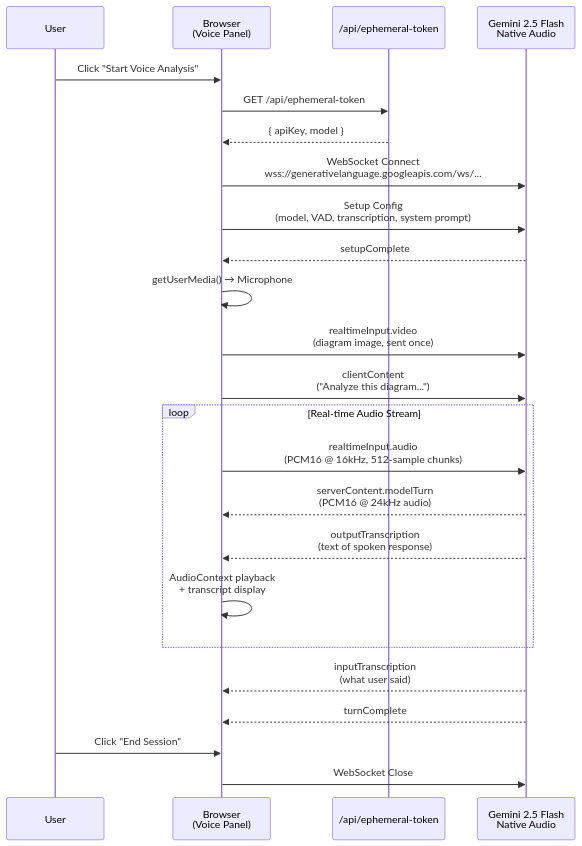
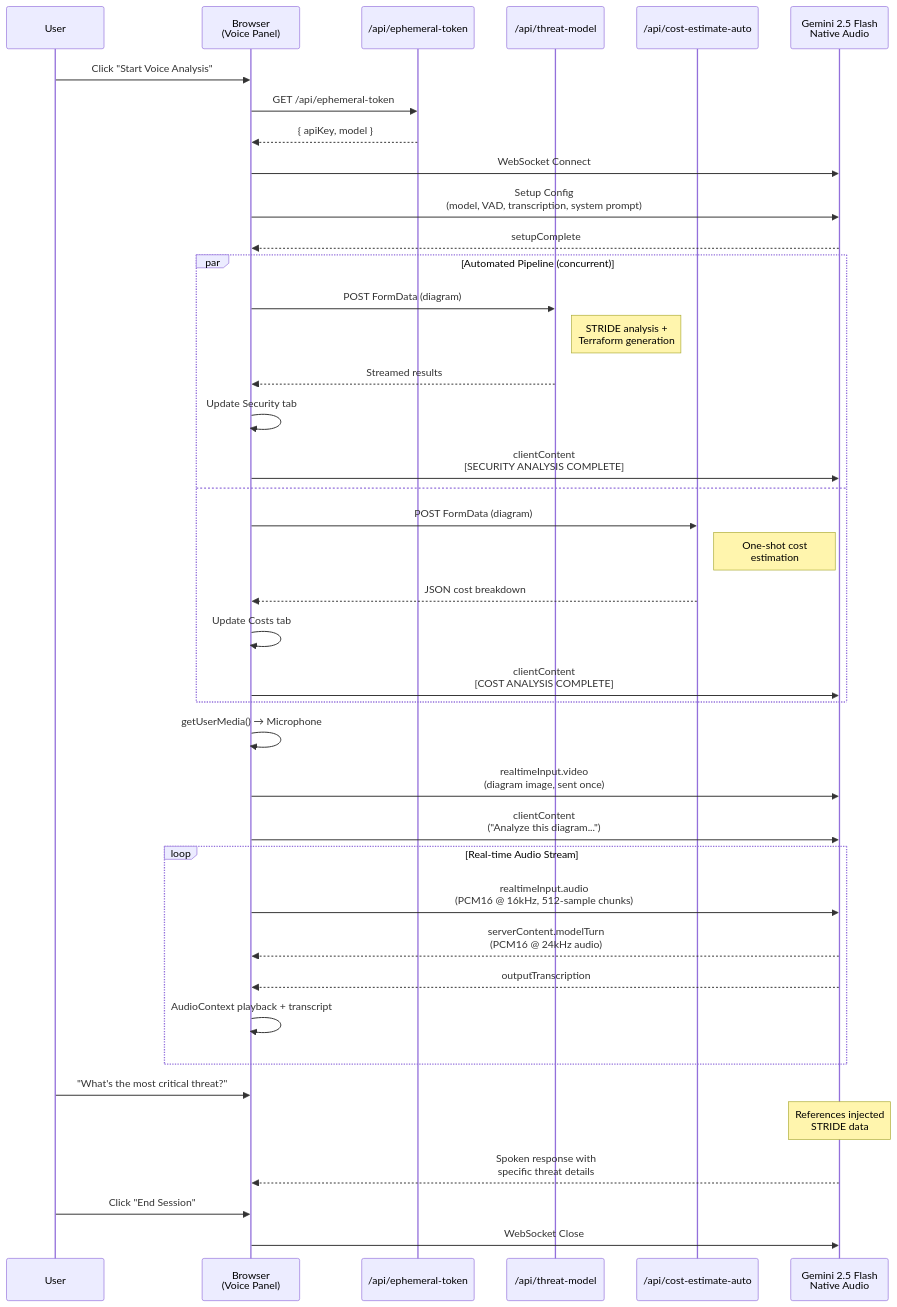
Before and after one commit to ithllc/ArchIntel: the second of 8 diagrams in docs/architecture/system-architecture.md, drawn with Mermaid. The commit also changed other lines of this file and 15 other files, not shown here.

First line of the commit message:
Fix Issue #6: Replace revoked API key + switch to gemini-2.5-flash

````diff
--- a/docs/architecture/system-architecture.md
+++ b/docs/architecture/system-architecture.md
@@ -92,32 +97,49 @@
 ```mermaid
 sequenceDiagram
     participant User
     participant Browser as Browser<br/>(Voice Panel)
     participant API as /api/ephemeral-token
+    participant ThreatAPI as /api/threat-model
+    participant CostAPI as /api/cost-estimate-auto
     participant Gemini as Gemini 2.5 Flash<br/>Native Audio
 
     User->>Browser: Click "Start Voice Analysis"
     Browser->>API: GET /api/ephemeral-token
     API-->>Browser: { apiKey, model }
 
-    Browser->>Gemini: WebSocket Connect<br/>wss://generativelanguage.googleapis.com/ws/...
+    Browser->>Gemini: WebSocket Connect
     Browser->>Gemini: Setup Config<br/>(model, VAD, transcription, system prompt)
     Gemini-->>Browser: setupComplete
+
+    par Automated Pipeline (concurrent)
+        Browser->>ThreatAPI: POST FormData (diagram)
+        Note right of ThreatAPI: STRIDE analysis +<br/>Terraform generation
+        ThreatAPI-->>Browser: Streamed results
+        Browser->>Browser: Update Security tab
+        Browser->>Gemini: clientContent<br/>[SECURITY ANALYSIS COMPLETE]
+    and
+        Browser->>CostAPI: POST FormData (diagram)
+        Note right of CostAPI: One-shot cost<br/>estimation
+        CostAPI-->>Browser: JSON cost breakdown
+        Browser->>Browser: Update Costs tab
+        Browser->>Gemini: clientContent<br/>[COST ANALYSIS COMPLETE]
+    end
 
     Browser->>Browser: getUserMedia() → Microphone
     Browser->>Gemini: realtimeInput.video<br/>(diagram image, sent once)
     Browser->>Gemini: clientContent<br/>("Analyze this diagram...")
 
     loop Real-time Audio Stream
         Browser->>Gemini: realtimeInput.audio<br/>(PCM16 @ 16kHz, 512-sample chunks)
         Gemini-->>Browser: serverContent.modelTurn<br/>(PCM16 @ 24kHz audio)
-        Gemini-->>Browser: outputTranscription<br/>(text of spoken response)
-        Browser->>Browser: AudioContext playback<br/>+ transcript display
+        Gemini-->>Browser: outputTranscription
+        Browser->>Browser: AudioContext playback + transcript
     end
 
-    Gemini-->>Browser: inputTranscription<br/>(what user said)
-    Gemini-->>Browser: turnComplete
+    User->>Browser: "What's the most critical threat?"
+    Note over Gemini: References injected<br/>STRIDE data
+    Gemini-->>Browser: Spoken response with<br/>specific threat details
 
     User->>Browser: Click "End Session"
     Browser->>Gemini: WebSocket Close
 ```
````
